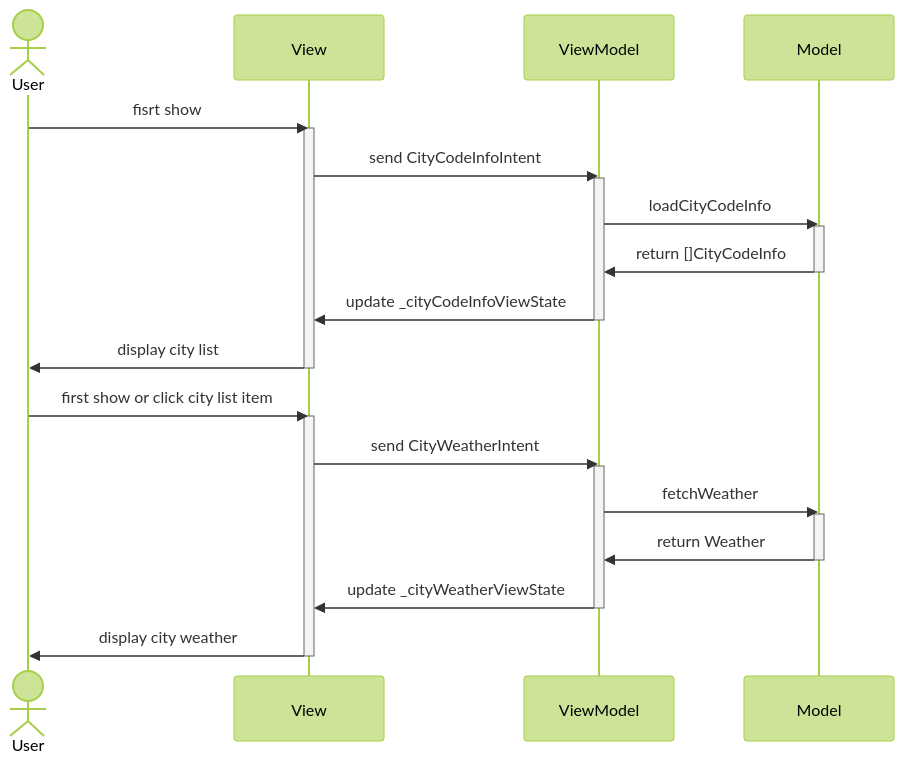
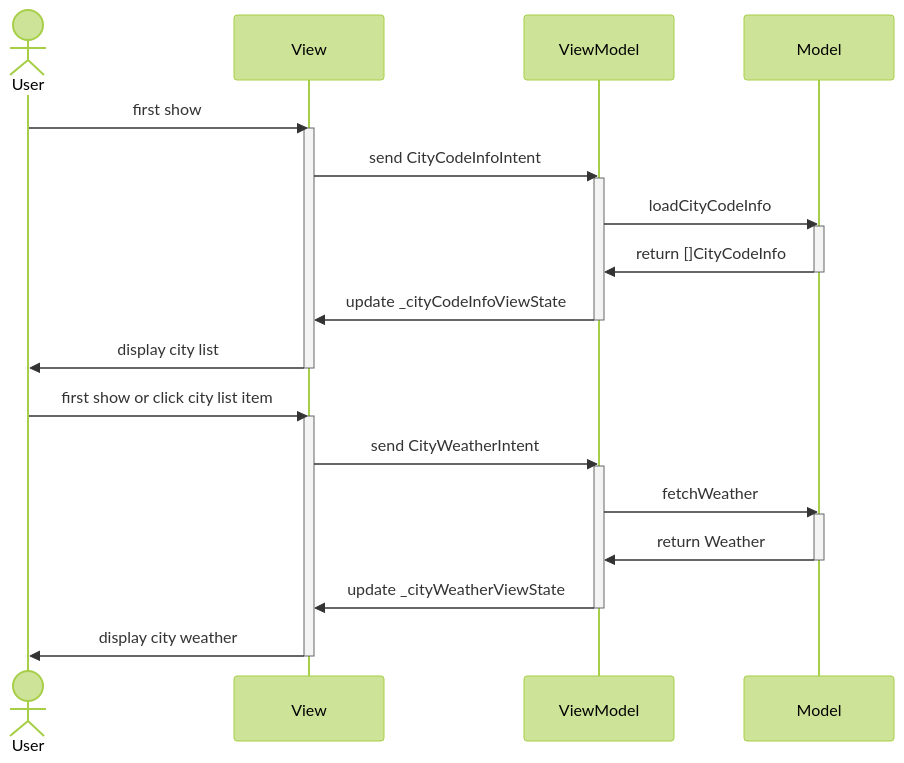
One commit to WJRye/wjrye.github.io changed the third of 3 diagrams in _posts/2024-08-12-Harmony-MVI.md. Above: the diagram before and after it, drawn with Mermaid. The commit also changed other lines of this file and 2 other files, not shown here.

Commit message:
fix: mermaid 图显示不出来问题

````diff
--- a/_posts/2024-08-12-Harmony-MVI.md
+++ b/_posts/2024-08-12-Harmony-MVI.md
@@ -293,32 +293,31 @@
 ```mermaid
-%%{ init : { "theme": "forest" } }%%
+%%{init: {"theme": "forest"}}%%
 sequenceDiagram
-    actor User;
+    actor User
     
-    User ->> View: fisrt show;
-    activate View;
-    View ->> ViewModel: send CityCodeInfoIntent;
-    activate ViewModel;
-    ViewModel ->> Model: loadCityCodeInfo;
-    activate Model;
-    Model ->> ViewModel: return []CityCodeInfo;
-    deactivate Model;
-    ViewModel ->> View: update _cityCodeInfoViewState;
-    deactivate ViewModel;
-    View ->> User: display city list;
-    deactivate View;
-    
-  
-    User ->> View: first show or click city list item;
-    activate View;
-    View ->> ViewModel: send CityWeatherIntent;
-    activate ViewModel;
-    ViewModel ->> Model: fetchWeather;
-    activate Model;
-    Model ->> ViewModel: return Weather;
-    deactivate Model;
-    ViewModel ->> View: update _cityWeatherViewState;
-    deactivate ViewModel;
-    View ->> User: display city weather;
-    deactivate View;
+    User ->> View: first show
+    activate View
+    View ->> ViewModel: send CityCodeInfoIntent
+    activate ViewModel
+    ViewModel ->> Model: loadCityCodeInfo
+    activate Model
+    Model ->> ViewModel: return []CityCodeInfo
+    deactivate Model
+    ViewModel ->> View: update _cityCodeInfoViewState
+    deactivate ViewModel
+    View ->> User: display city list
+    deactivate View
+
+    User ->> View: first show or click city list item
+    activate View
+    View ->> ViewModel: send CityWeatherIntent
+    activate ViewModel
+    ViewModel ->> Model: fetchWeather
+    activate Model
+    Model ->> ViewModel: return Weather
+    deactivate Model
+    ViewModel ->> View: update _cityWeatherViewState
+    deactivate ViewModel
+    View ->> User: display city weather
+    deactivate View
 ```
````
